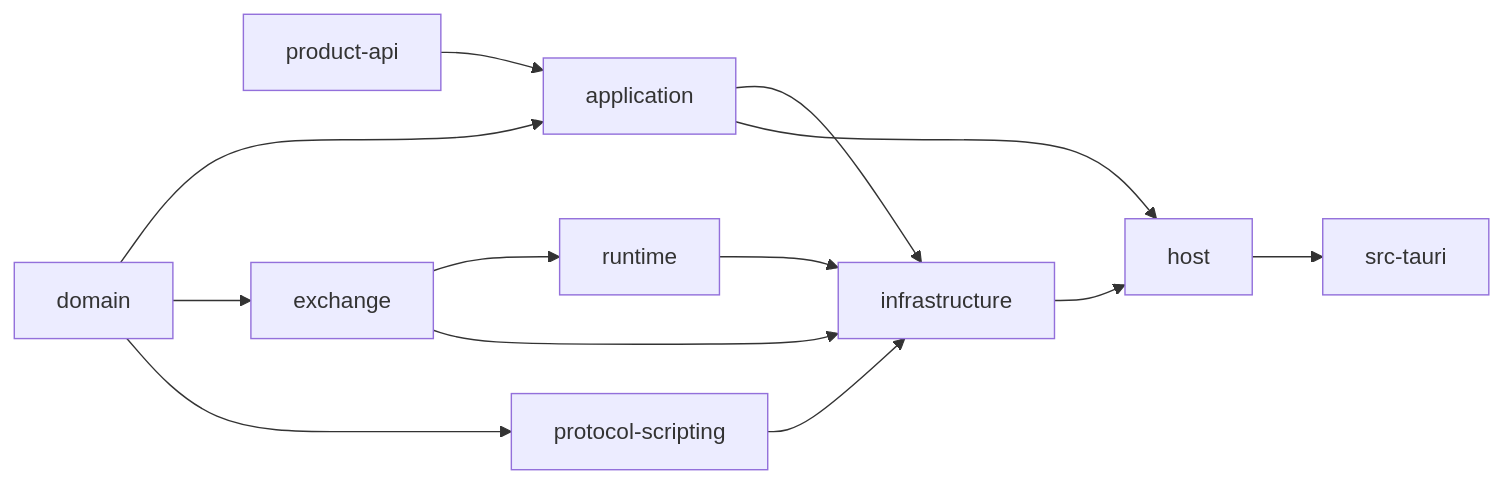
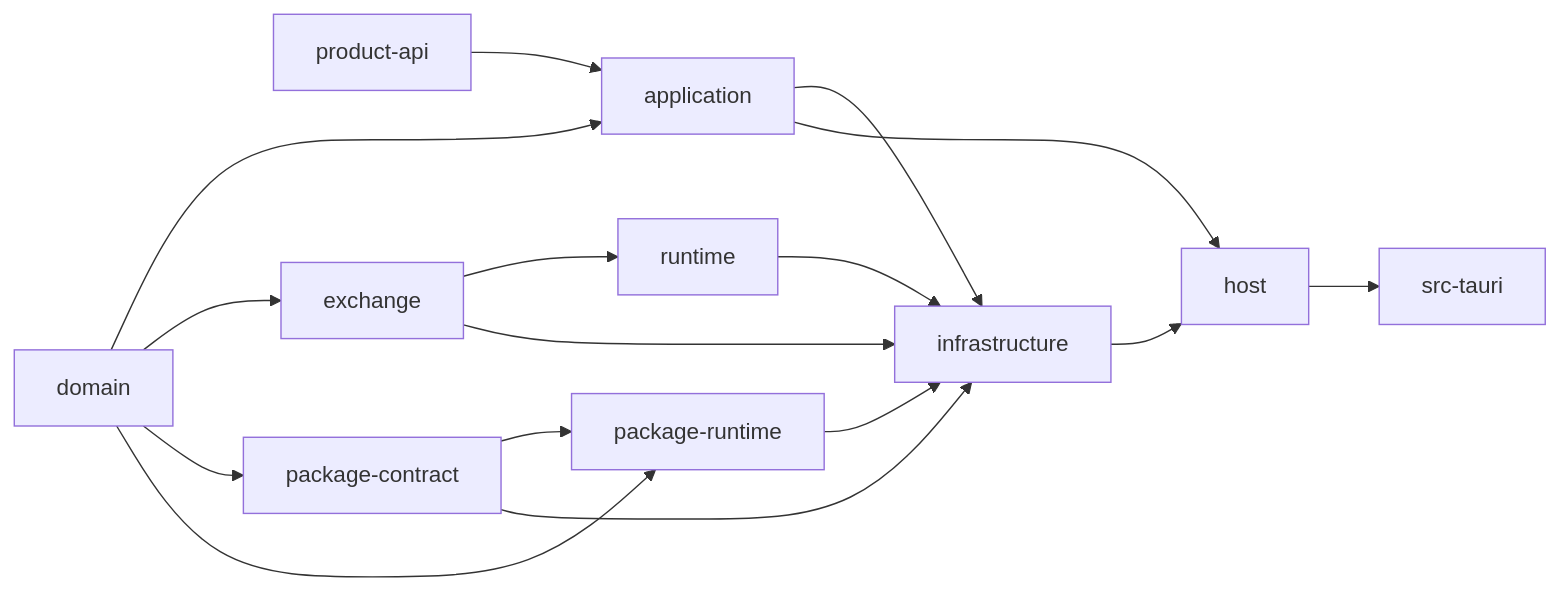
One commit to kouxko/gmofg-payment-proxy changed the second of 3 diagrams in docs/architecture/modules.md. Above: the diagram before and after it, drawn with Mermaid. The commit also changed other lines of this file and 267 other files, not shown here.

Commit message:
refactor(package): remove legacy Rhai runtime

````diff
--- a/docs/architecture/modules.md
+++ b/docs/architecture/modules.md
@@ -52,15 +53,18 @@
 ```mermaid
 flowchart LR
     DOMAIN[domain] --> APP[application]
     PRODUCT[product-api] --> APP
     DOMAIN --> EXCHANGE[exchange]
-    DOMAIN --> SCRIPT[protocol-scripting]
+    DOMAIN --> CONTRACT[package-contract]
+    DOMAIN --> PACKAGE[package-runtime]
+    CONTRACT --> PACKAGE
     EXCHANGE --> RUNTIME[runtime]
     APP --> INFRA[infrastructure]
     EXCHANGE --> INFRA
-    SCRIPT --> INFRA
+    CONTRACT --> INFRA
+    PACKAGE --> INFRA
     RUNTIME --> INFRA
     INFRA --> HOST[host]
     APP --> HOST
     HOST --> TAURI[src-tauri]
 ```
````
